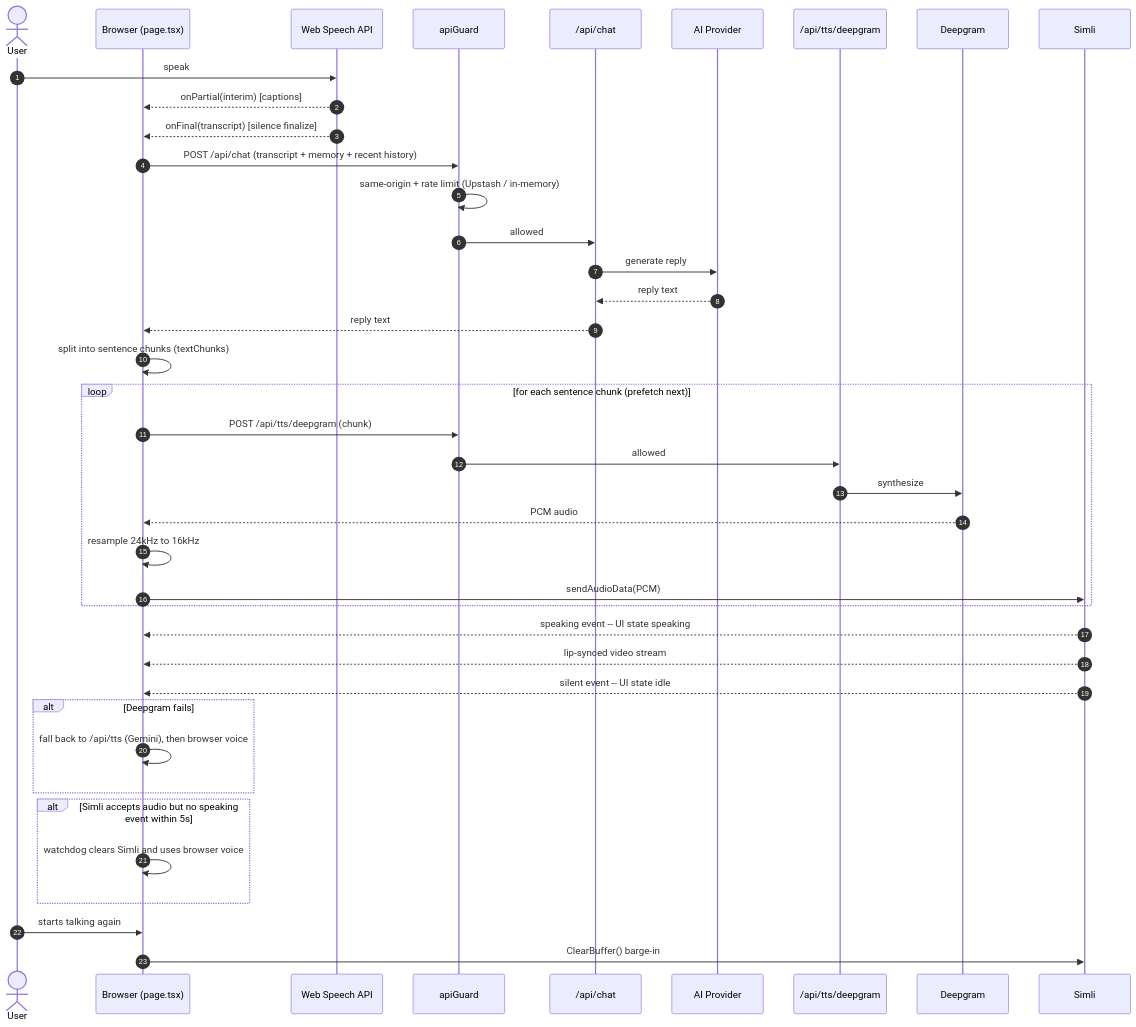
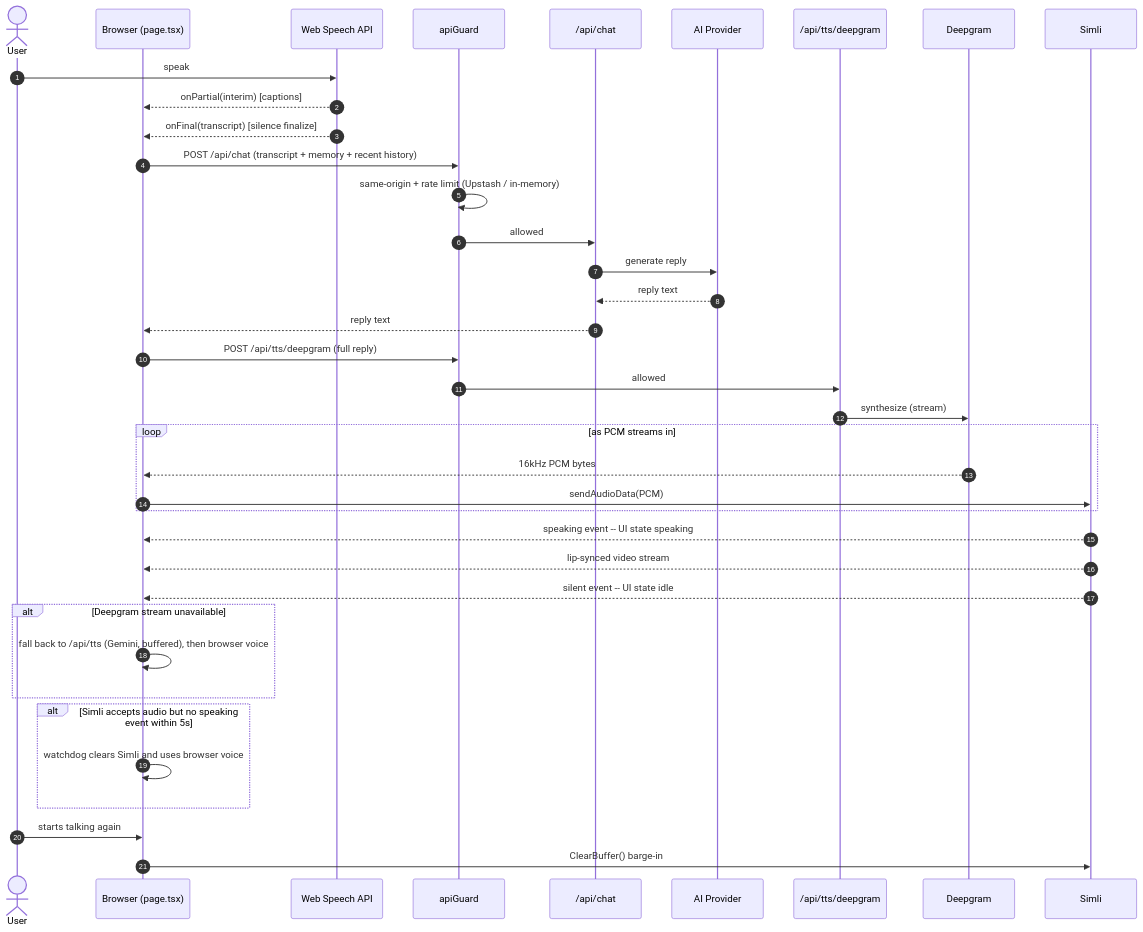
One commit to vaibhav8600-rgb/ai-avatar-companion changed the third of 4 diagrams in docs/ARCHITECTURE.md. Above: the diagram before and after it, drawn with Mermaid. The commit also changed other lines of this file and 16 other files, not shown here.

Commit message:
perf: stream-first TTS + cut input→output latency

````diff
--- a/docs/ARCHITECTURE.md
+++ b/docs/ARCHITECTURE.md
@@ -166,48 +170,46 @@
 ```mermaid
 sequenceDiagram
   autonumber
   actor User
   participant B as Browser (page.tsx)
   participant SR as Web Speech API
   participant G as apiGuard
   participant C as /api/chat
   participant AI as AI Provider
   participant TD as /api/tts/deepgram
   participant DG as Deepgram
   participant S as Simli
 
   User->>SR: speak
   SR-->>B: onPartial(interim) [captions]
   SR-->>B: onFinal(transcript) [silence finalize]
   B->>G: POST /api/chat (transcript + memory + recent history)
   G->>G: same-origin + rate limit (Upstash / in-memory)
   G->>C: allowed
   C->>AI: generate reply
   AI-->>C: reply text
   C-->>B: reply text
-  B->>B: split into sentence chunks (textChunks)
+  B->>G: POST /api/tts/deepgram (full reply)
+  G->>TD: allowed
+  TD->>DG: synthesize (stream)
 
-  loop for each sentence chunk (prefetch next)
-    B->>G: POST /api/tts/deepgram (chunk)
-    G->>TD: allowed
-    TD->>DG: synthesize
-    DG-->>B: PCM audio
-    B->>B: resample 24kHz to 16kHz
+  loop as PCM streams in
+    DG-->>B: 16kHz PCM bytes
     B->>S: sendAudioData(PCM)
   end
 
   S-->>B: speaking event -- UI state speaking
   S-->>B: lip-synced video stream
   S-->>B: silent event -- UI state idle
 
-  alt Deepgram fails
-    B->>B: fall back to /api/tts (Gemini), then browser voice
+  alt Deepgram stream unavailable
+    B->>B: fall back to /api/tts (Gemini, buffered), then browser voice
   end
 
   alt Simli accepts audio but no speaking event within 5s
     B->>B: watchdog clears Simli and uses browser voice
   end
 
   User->>B: starts talking again
   B->>S: ClearBuffer() barge-in
 ```
````
